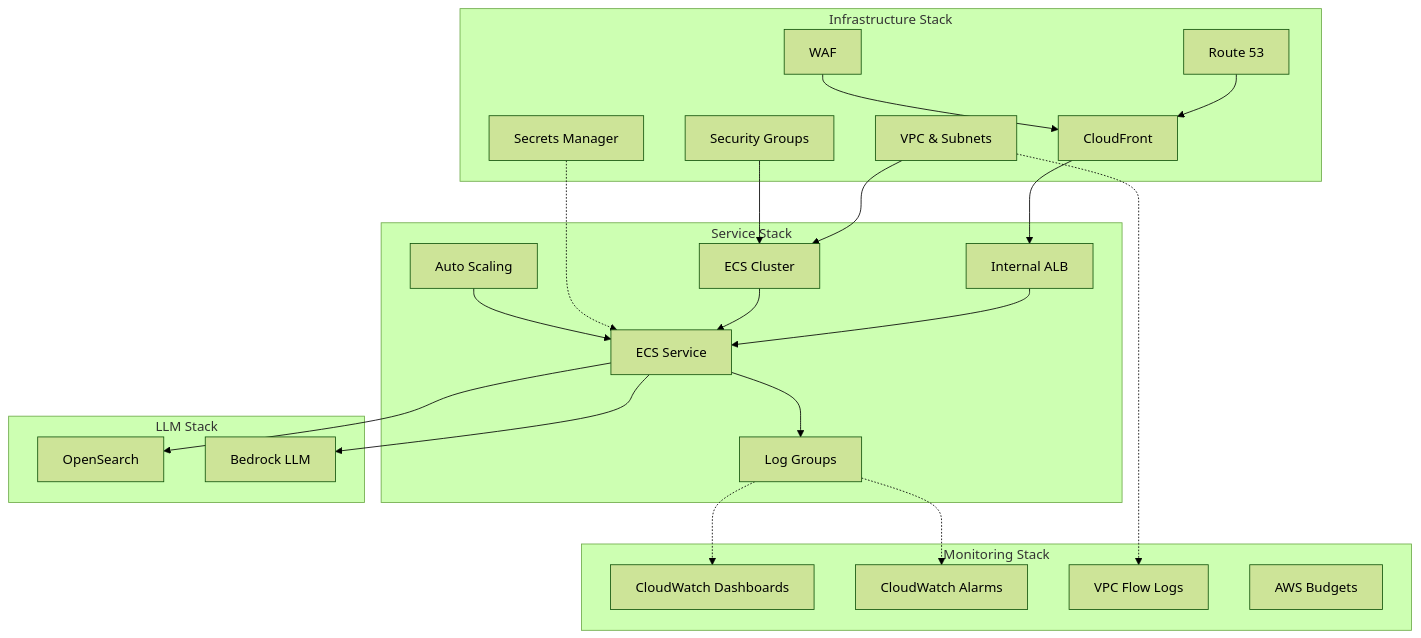
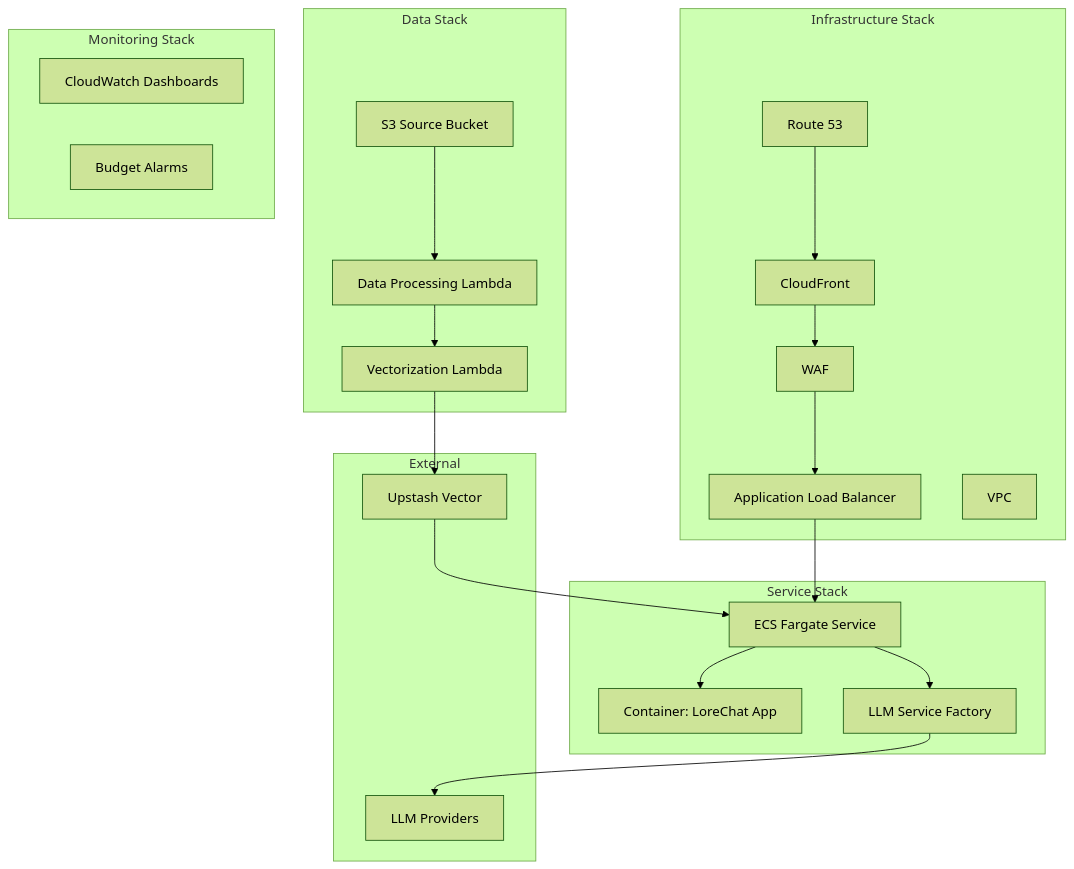
Before and after one commit to laialex501/lorechat-cdk: the first of 2 diagrams in README.md, drawn with Mermaid (forest theme). The commit also changed other lines of this file and 30 other files, not shown here.

Commit message:
Complete CDK pipeline for LoreChat

````diff
--- a/README.md
+++ b/README.md
@@ -7,47 +25,36 @@
 ```mermaid
 graph TD
     subgraph "Infrastructure Stack"
-        R53[Route 53]
-        CF[CloudFront]
-        VPC[VPC & Subnets]
-        SG[Security Groups]
-        SM[Secrets Manager]
-        WAF[WAF]
+        A[CloudFront] --> B[WAF]
+        B --> C[Application Load Balancer]
+        E[Route 53] --> A
+        D[VPC]
     end
 
     subgraph "Service Stack"
-        ALB[Internal ALB]
-        ECS[ECS Cluster]
-        ECSS[ECS Service]
-        LG[Log Groups]
-        AS[Auto Scaling]
+        C --> F[ECS Fargate Service]
+        F --> G[Container: LoreChat App]
+        O[LLM Service Factory]
     end
 
-    subgraph "LLM Stack"
-        OS[OpenSearch]
-        BLLM[Bedrock LLM]
+    subgraph "Data Stack"
+        H[S3 Source Bucket]
+        J[Data Processing Lambda]
+        K[Vectorization Lambda]
+        H --> J --> K
     end
 
     subgraph "Monitoring Stack"
-        CWD[CloudWatch Dashboards]
-        CWA[CloudWatch Alarms]
-        VFL[VPC Flow Logs]
-        BUD[AWS Budgets]
+        M[CloudWatch Dashboards]
+        N[Budget Alarms]
     end
 
-    R53 --> CF
-    CF --> ALB
-    ALB --> ECSS
-    ECSS --> OS
-    ECSS --> BLLM
-    VPC --> ECS
-    SG --> ECS
-    ECS --> ECSS
-    ECSS --> LG
-    SM -.-> ECSS
-    LG -.-> CWD
-    LG -.-> CWA
-    VPC -.-> VFL
-    WAF --> CF
-    AS --> ECSS
+    subgraph "External"
+        L[Upstash Vector]
+        P[LLM Providers]
+    end
+
+    K --> L
+    F --> O --> P
+    L --> F
 ```
````
